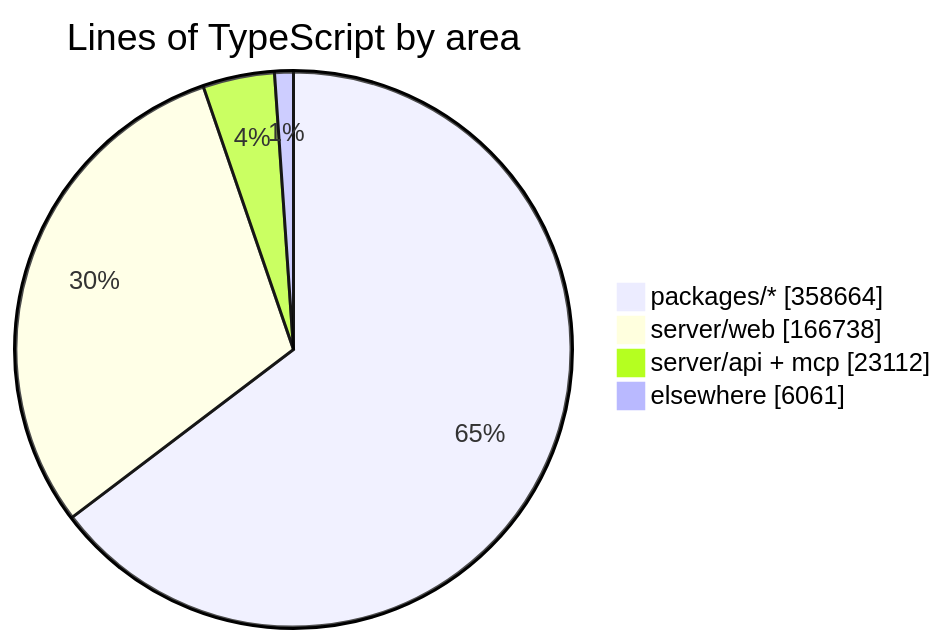
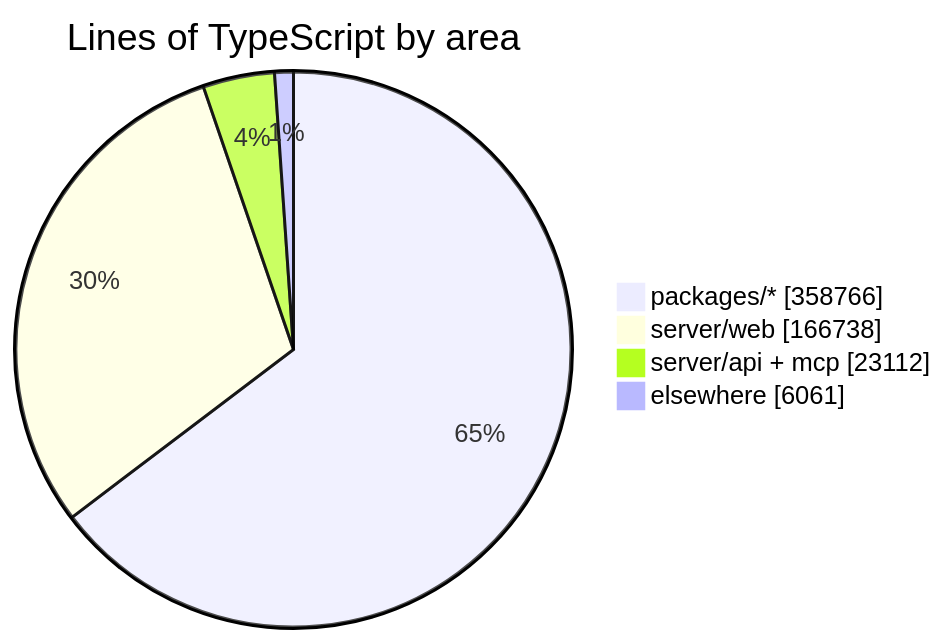
The diagram in README.md (crossworks-engineering/mantle), drawn with Mermaid before and after one commit. The commit also changed other lines of this file and 2 other files, not shown here.

````diff
--- a/README.md
+++ b/README.md
@@ -294,7 +294,7 @@
 ```mermaid
 pie showData title Lines of TypeScript by area
-    "packages/*" : 358664
+    "packages/*" : 358766
     "server/web" : 166738
     "server/api + mcp" : 23112
     "elsewhere" : 6061
 ```
````
